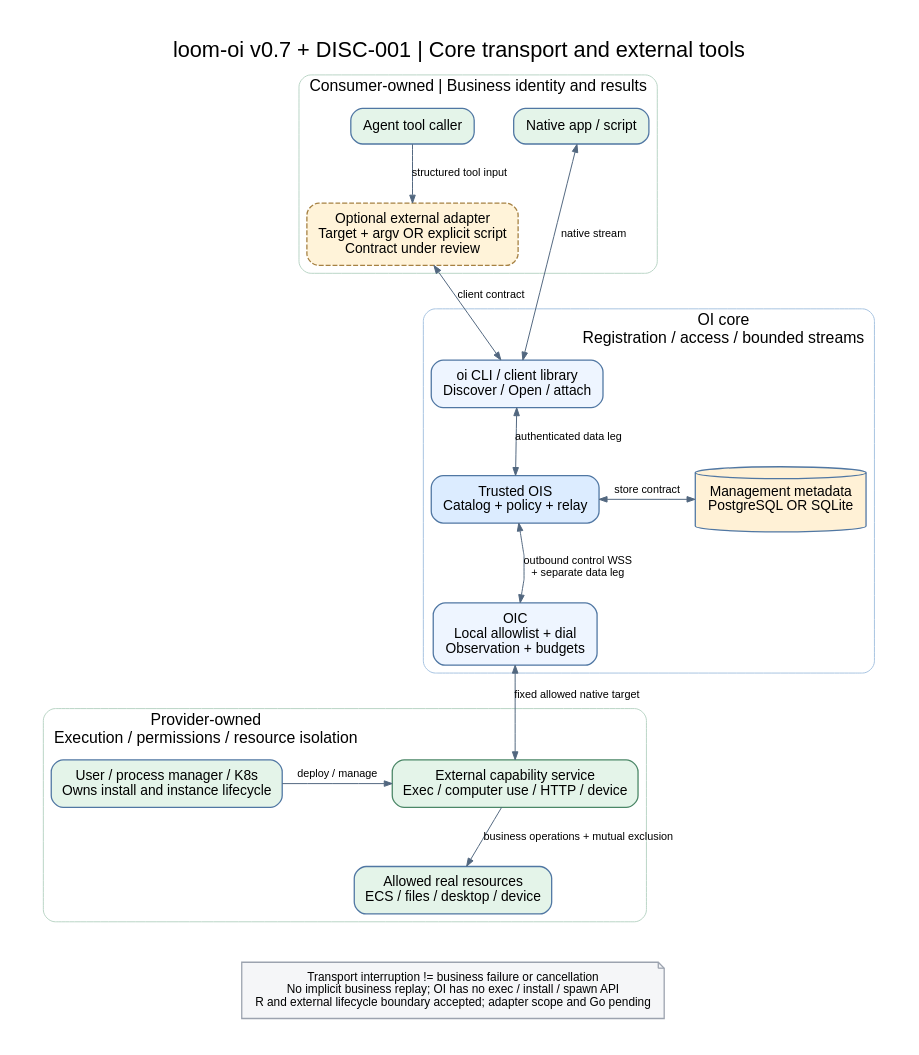
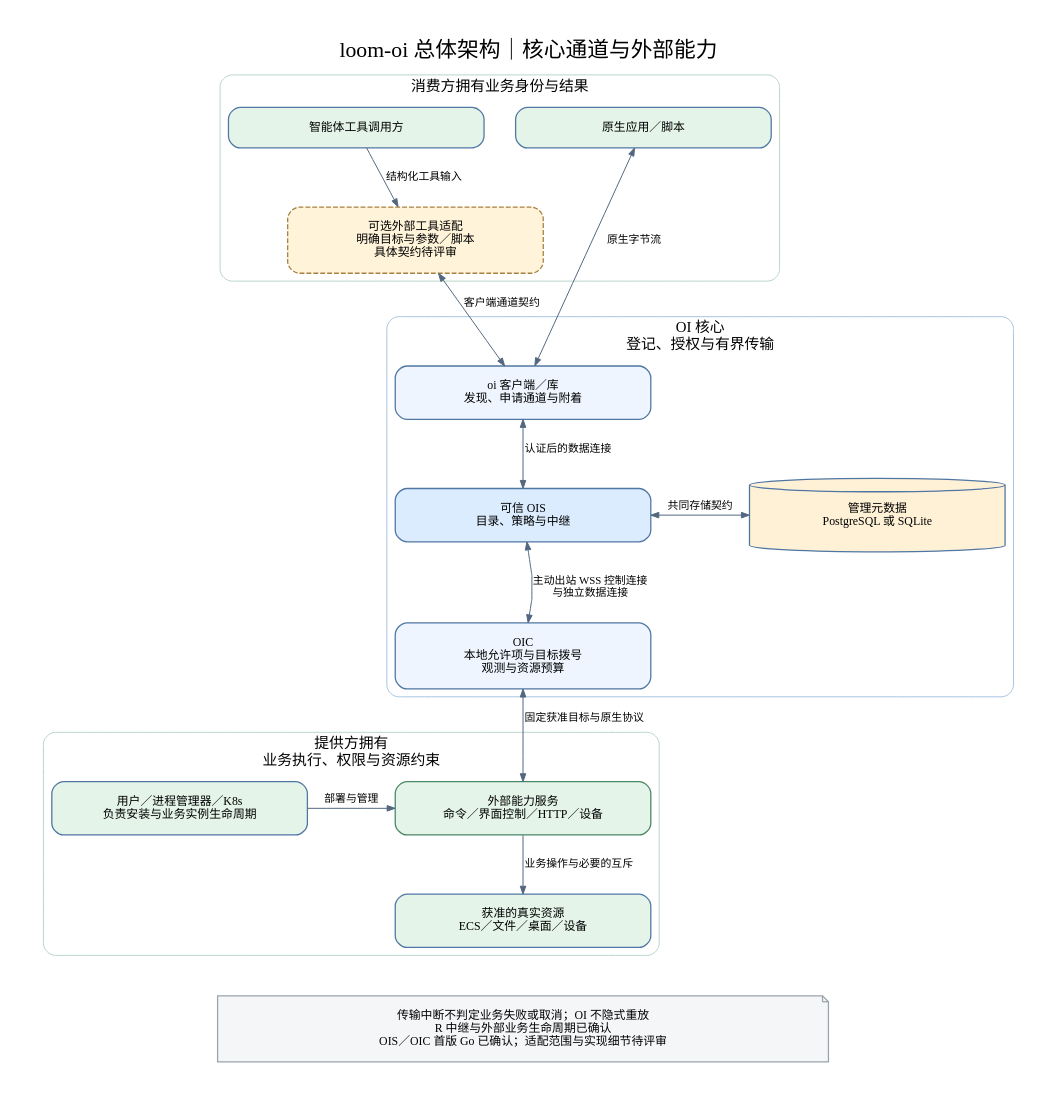
The diagram in docs/architecture/diagrams/v0.7/01-overview.dot (wyw-ai/loom-oi), drawn with Graphviz before and after one commit. The commit also changed 49 other files, not shown here.

```diff
--- a/docs/architecture/diagrams/v0.7/01-overview.dot
+++ b/docs/architecture/diagrams/v0.7/01-overview.dot
@@ -1,39 +1,39 @@
 digraph G {
- graph [rankdir=TB,bgcolor="white",pad="0.4",nodesep="0.45",ranksep="0.65",fontname="Arial",fontsize=22,labelloc="t",splines=polyline,label="loom-oi v0.7 + DISC-001 | Core transport and external tools"];
- node [shape=box,style="rounded,filled",fillcolor="#eef5ff",color="#5077a3",fontname="Arial",fontsize=14,margin="0.2,0.12",penwidth=1.3];
- edge [color="#52677f",fontname="Arial",fontsize=11,arrowsize=0.8];
+ graph [rankdir=TB,bgcolor="white",pad="0.4",nodesep="0.45",ranksep="0.65",fontname="Noto Sans SC",fontsize=22,labelloc="t",splines=polyline,label="loom-oi 总体架构｜核心通道与外部能力"];
+ node [shape=box,style="rounded,filled",fillcolor="#eef5ff",color="#5077a3",fontname="Noto Sans SC",fontsize=12,width=3.6,margin="0.3,0.2",penwidth=1.3];
+ edge [color="#52677f",fontname="Noto Sans SC",fontsize=11,arrowsize=0.8];
  subgraph cluster_consumer {
-  label="Consumer-owned | Business identity and results";fontsize=16;color="#b9d5c6";style="rounded";
-  native[label="Native app / script",fillcolor="#e4f4e9"];
-  agent[label="Agent tool caller",fillcolor="#e4f4e9"];
-  adapter[label="Optional external adapter\nTarget + argv OR explicit script\nContract under review",style="rounded,dashed,filled",fillcolor="#fff3d9",color="#a68142"];
+  label="消费方拥有业务身份与结果";fontsize=15;color="#b9d5c6";style="rounded";
+  native[label="原生应用／脚本",fillcolor="#e4f4e9"];
+  agent[label="智能体工具调用方",fillcolor="#e4f4e9"];
+  adapter[label="可选外部工具适配\n明确目标与参数／脚本\n具体契约待评审",style="rounded,dashed,filled",fillcolor="#fff3d9",color="#a68142"];
   {rank=same; native; agent;}
-  agent->adapter[label="structured tool input"];
+  agent->adapter[label="结构化工具输入"];
  }
  subgraph cluster_oi {
-  label="OI core\nRegistration / access / bounded streams";labeljust="r";fontsize=16;color="#a7c4e1";style="rounded";
-  cli[label="oi CLI / client library\nDiscover / Open / attach"];
-  ois[label="Trusted OIS\nCatalog + policy + relay",fillcolor="#dcecff"];
-  oic[label="OIC\nLocal allowlist + dial\nObservation + budgets"];
-  store[label="Management metadata\nPostgreSQL OR SQLite",shape=cylinder,fillcolor="#fff1d6"];
-  cli->ois[dir=both,label="authenticated data leg"];
-  oic->ois[dir=both,label="outbound control WSS\n+ separate data leg",constraint=false];
+  label="OI 核心\n登记、授权与有界传输";labeljust="c";fontsize=15;color="#a7c4e1";style="rounded";
+  cli[label="oi 客户端／库\n发现、申请通道与附着"];
+  ois[label="可信 OIS\n目录、策略与中继",fillcolor="#dcecff"];
+  oic[label="OIC\n本地允许项与目标拨号\n观测与资源预算"];
+  store[label="管理元数据\nPostgreSQL 或 SQLite",shape=cylinder,fillcolor="#fff1d6"];
+  cli->ois[dir=both,label="认证后的数据连接"];
+  oic->ois[dir=both,label="主动出站 WSS 控制连接\n与独立数据连接",constraint=false];
   ois->oic[style=invis];
-  ois->store[dir=both,label="store contract"];
+  ois->store[dir=both,label="共同存储契约"];
   {rank=same; ois; store;}
  }
  subgraph cluster_provider {
-  label="Provider-owned\nExecution / permissions / resource isolation";labeljust="l";fontsize=16;color="#b9d5c6";style="rounded";
-  service[label="External capability service\nExec / computer use / HTTP / device",fillcolor="#e4f4e9",color="#4b8767"];
-  owner[label="User / process manager / K8s\nOwns install and instance lifecycle",fillcolor="#e4f4e9"];
-  resource[label="Allowed real resources\nECS / files / desktop / device",fillcolor="#e4f4e9"];
-  owner->service[label="deploy / manage"];
-  service->resource[label="business operations + mutual exclusion"];
+  label="提供方拥有\n业务执行、权限与资源约束";labeljust="c";fontsize=15;color="#b9d5c6";style="rounded";
+  service[label="外部能力服务\n命令／界面控制／HTTP／设备",fillcolor="#e4f4e9",color="#4b8767"];
+  owner[label="用户／进程管理器／K8s\n负责安装与业务实例生命周期",fillcolor="#e4f4e9"];
+  resource[label="获准的真实资源\nECS／文件／桌面／设备",fillcolor="#e4f4e9"];
+  owner->service[label="部署与管理"];
+  service->resource[label="业务操作与必要的互斥"];
   {rank=same; service; owner;}
  }
- native->cli[dir=both,label="native stream"];
- adapter->cli[dir=both,label="client contract"];
- oic->service[dir=both,label="fixed allowed native target"];
- note[label="Transport interruption != business failure or cancellation\nNo implicit business replay; OI has no exec / install / spawn API\nR and external lifecycle boundary accepted; adapter scope and Go pending",shape=note,fillcolor="#f5f6f8",color="#9ca3af",fontsize=12];
+ native->cli[dir=both,label="原生字节流"];
+ adapter->cli[dir=both,label="客户端通道契约"];
+ oic->service[dir=both,label="固定获准目标与原生协议"];
+ note[label="传输中断不判定业务失败或取消；OI 不隐式重放\nR 中继与外部业务生命周期已确认\nOIS／OIC 首版 Go 已确认；适配范围与实现细节待评审",width=8.6,shape=note,fillcolor="#f5f6f8",color="#9ca3af",fontsize=12];
  resource->note[style=invis];
 }
```
